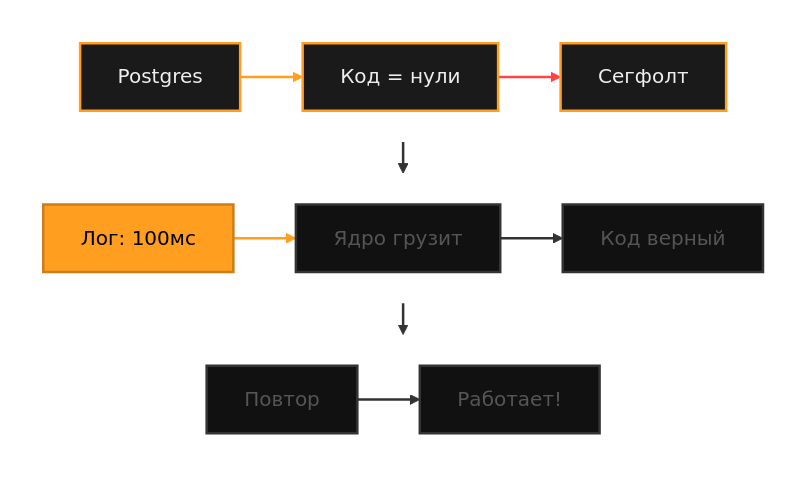
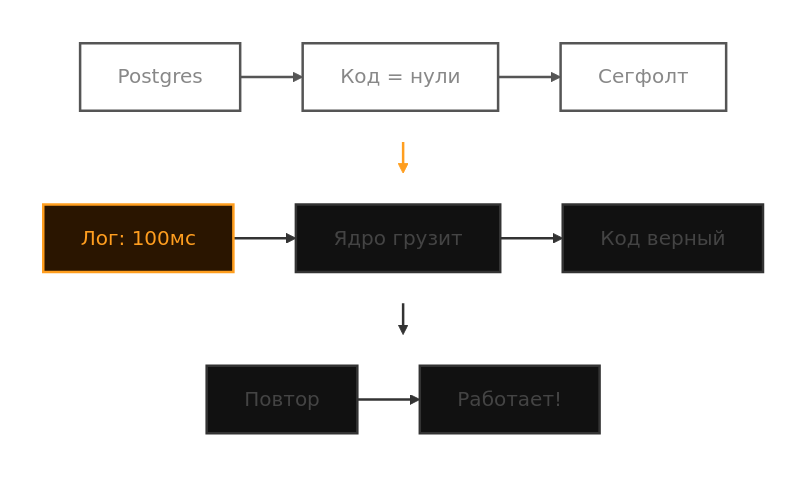
One commit to polarnik/postgresql-system-issue-story changed the diagram in docs/diagrams/resurrection-2.mmd. Above: the diagram before and after it, drawn with Mermaid. The commit also changed 36 other files, not shown here.

```diff
--- a/docs/diagrams/resurrection-2.mmd
+++ b/docs/diagrams/resurrection-2.mmd
@@ -1,47 +1,47 @@
 %%{init: {'theme': 'base', 'themeVariables': { 'darkMode': true, 'background': '#000000', 'primaryColor': '#ff9e1f', 'primaryTextColor': '#fff', 'primaryBorderColor': '#cc7e19', 'secondaryColor': '#111111', 'secondaryTextColor': '#fff', 'tertiaryColor': '#111111', 'lineColor': '#ff9e1f', 'textColor': '#fff', 'mainBkg': '#111111', 'fontFamily': 'verdana'}, 'flowchart': { 'nodeSpacing': 30, 'rankSpacing': 25 }}}%%
 
 flowchart TB
-    classDef done fill:#1a1a1a,stroke:#ff9e1f,color:#eee,stroke-width:2px
-    classDef active fill:#ff9e1f,stroke:#cc7e19,color:#000,stroke-width:2px
-    classDef pending fill:#111111,stroke:#333,color:#555,stroke-width:2px
-    classDef error fill:#3a1010,stroke:#ff4444,color:#eee,stroke-width:2px
-    classDef success fill:#103a10,stroke:#44ff88,color:#eee,stroke-width:2px
+    classDef done fill:transparent,stroke:#555,color:#888,stroke-width:2px
+    classDef active fill:#2a1500,stroke:#ff9e1f,color:#ff9e1f,stroke-width:2px
+    classDef pending fill:#111,stroke:#333,color:#444,stroke-width:2px
+    classDef error fill:#3a1010,stroke:#ff4444,color:#ff4444,stroke-width:2px
+    classDef success fill:#103a10,stroke:#44ff88,color:#44ff88,stroke-width:2px
 
     subgraph S1 [" "]
         direction LR
         A["Postgres"] --> B["Код = нули"] --> C["Сегфолт"]
     end
 
     subgraph S2 [" "]
         direction LR
         D["Лог: 100мс"] --> E["Ядро грузит"] --> F["Код верный"]
     end
 
     subgraph S3 [" "]
         direction LR
         G["Повтор"] --> H["Работает!"]
     end
 
     S1 --> S2
     S2 --> S3
 
     style S1 fill:transparent,stroke:transparent
     style S2 fill:transparent,stroke:transparent
     style S3 fill:transparent,stroke:transparent
 
     A:::done
     B:::done
     C:::done
     D:::active
     E:::pending
     F:::pending
     G:::pending
     H:::pending
 
-    linkStyle 0 stroke:#ff9e1f,stroke-width:2px
-    linkStyle 1 stroke:#ff4444,stroke-width:2px
-    linkStyle 2 stroke:#ff9e1f,stroke-width:2px
+    linkStyle 0 stroke:#555,stroke-width:2px
+    linkStyle 1 stroke:#555,stroke-width:2px
+    linkStyle 2 stroke:#333,stroke-width:2px
     linkStyle 3 stroke:#333,stroke-width:2px
     linkStyle 4 stroke:#333,stroke-width:2px
-    linkStyle 5 stroke:#333,stroke-width:2px
+    linkStyle 5 stroke:#ff9e1f,stroke-width:2px
     linkStyle 6 stroke:#333,stroke-width:2px
```
